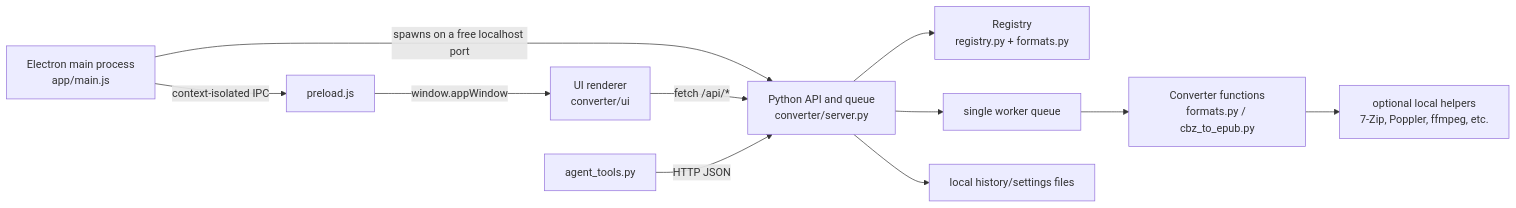
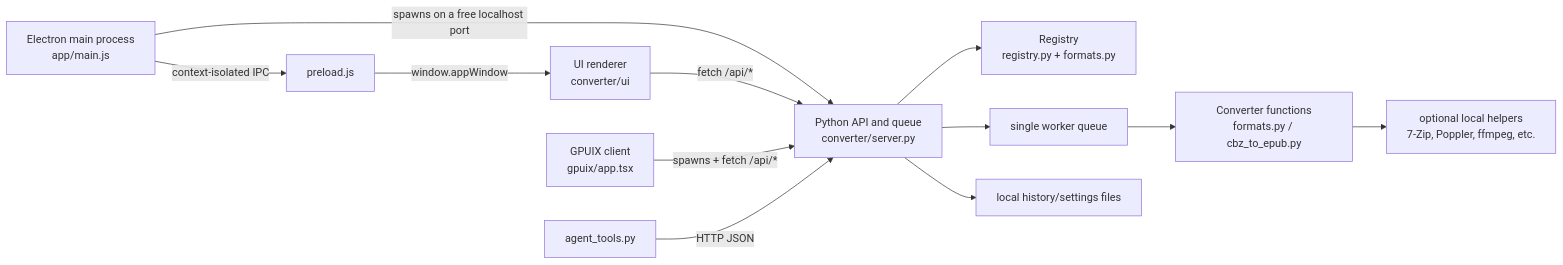
Before and after one commit to Brightwav3/One-tool-to-rule-them-all: the first of 2 diagrams in moc.md, drawn with Mermaid. The commit also changed other lines of this file and 31 other files, not shown here.

First line of the commit message:
feat(gpuix): add Windows DirectX and Ubuntu Vulkan client

````diff
--- a/moc.md
+++ b/moc.md
@@ -49,13 +53,14 @@
 ```mermaid
 flowchart LR
   E[Electron main process\napp/main.js] -->|spawns on a free localhost port| S[Python API and queue\nconverter/server.py]
   E -->|context-isolated IPC| P[preload.js]
   P -->|window.appWindow| U[UI renderer\nconverter/ui]
   U -->|fetch /api/*| S
+  G[GPUIX client\ngpuix/app.tsx] -->|spawns + fetch /api/*| S
   A[agent_tools.py] -->|HTTP JSON| S
   S --> R[Registry\nregistry.py + formats.py]
   S --> Q[single worker queue]
   Q --> C[Converter functions\nformats.py / cbz_to_epub.py]
   C --> H[optional local helpers\n7-Zip, Poppler, ffmpeg, etc.]
   S --> D[local history/settings files]
 ```
````
